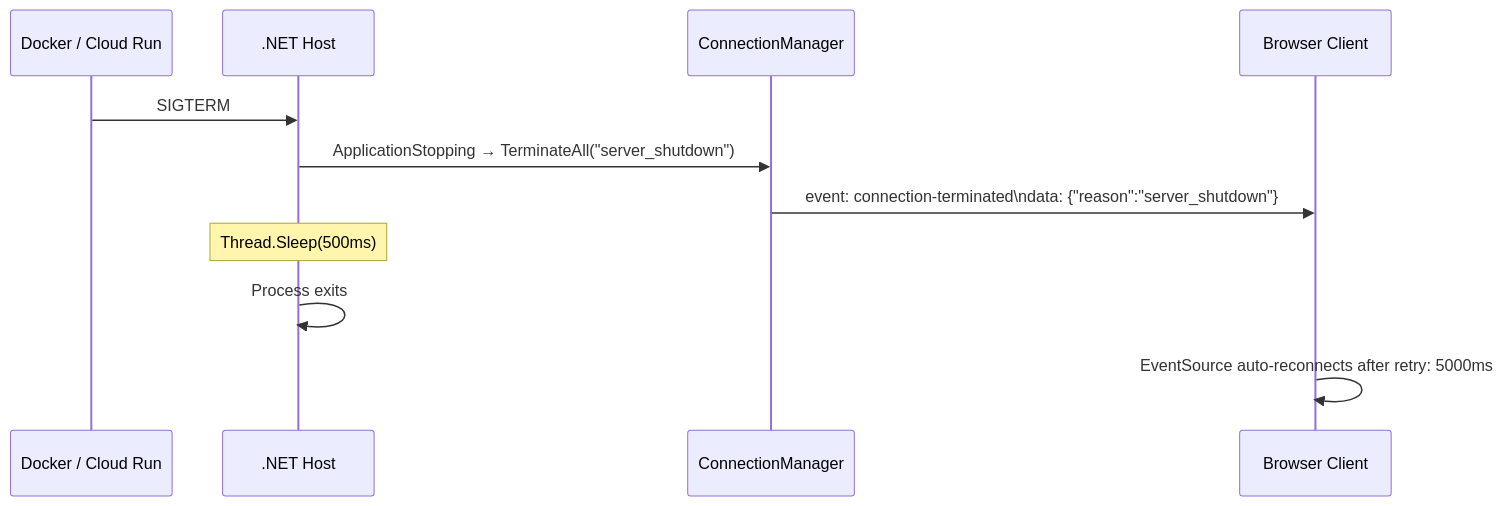
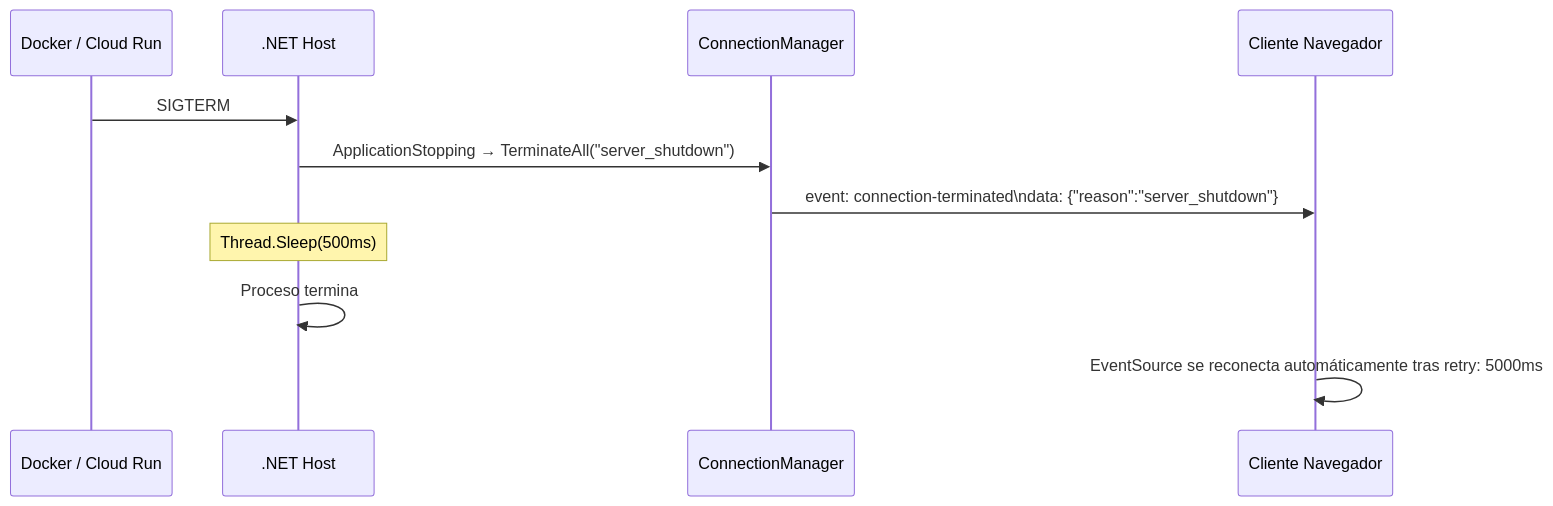
Before and after one commit to jlizarazoa/ColabBoard_Docs: the diagram in docs/sse-service/deployment.md, drawn with Mermaid. The commit also changed other lines of this file and 29 other files, not shown here.

````diff
--- a/docs/sse-service/deployment.md
+++ b/docs/sse-service/deployment.md
@@ -112,14 +112,14 @@
 ```mermaid
 sequenceDiagram
     participant Docker/CR as Docker / Cloud Run
     participant Host as .NET Host
     participant CM as ConnectionManager
-    participant Client as Browser Client
+    participant Client as Cliente Navegador
 
     Docker/CR->>Host: SIGTERM
     Host->>CM: ApplicationStopping → TerminateAll("server_shutdown")
     CM->>Client: event: connection-terminated\ndata: {"reason":"server_shutdown"}
     Note over Host: Thread.Sleep(500ms)
-    Host->>Host: Process exits
-    Client->>Client: EventSource auto-reconnects after retry: 5000ms
+    Host->>Host: Proceso termina
+    Client->>Client: EventSource se reconecta automáticamente tras retry: 5000ms
 ```
````
